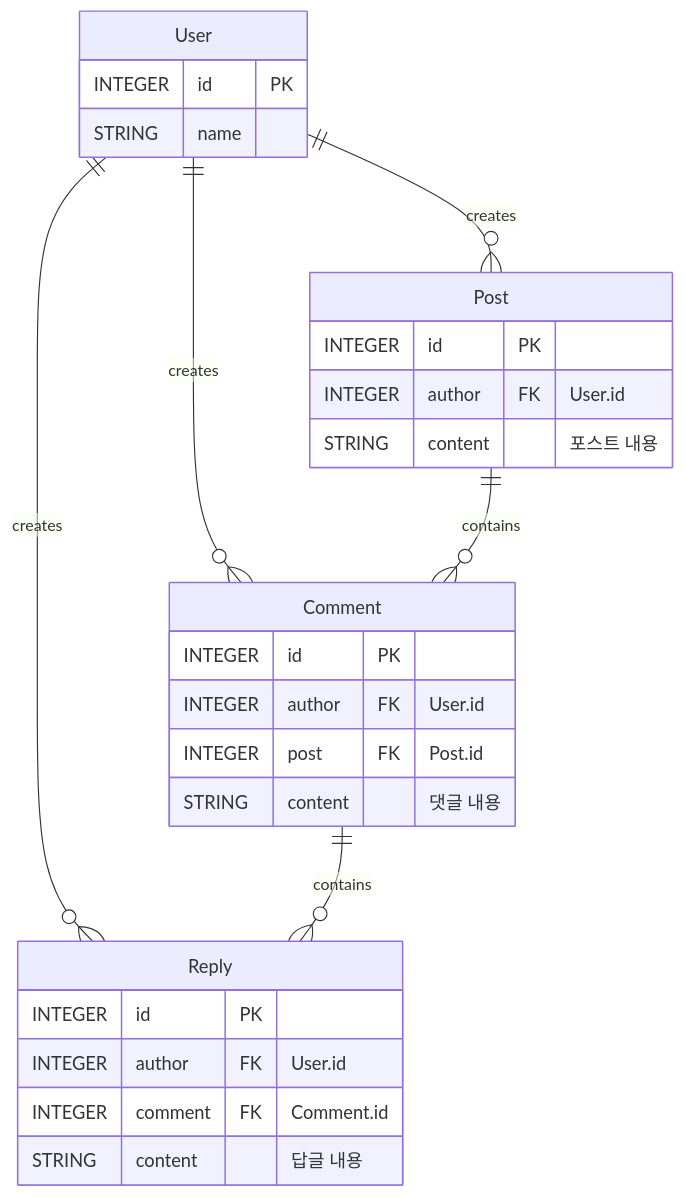
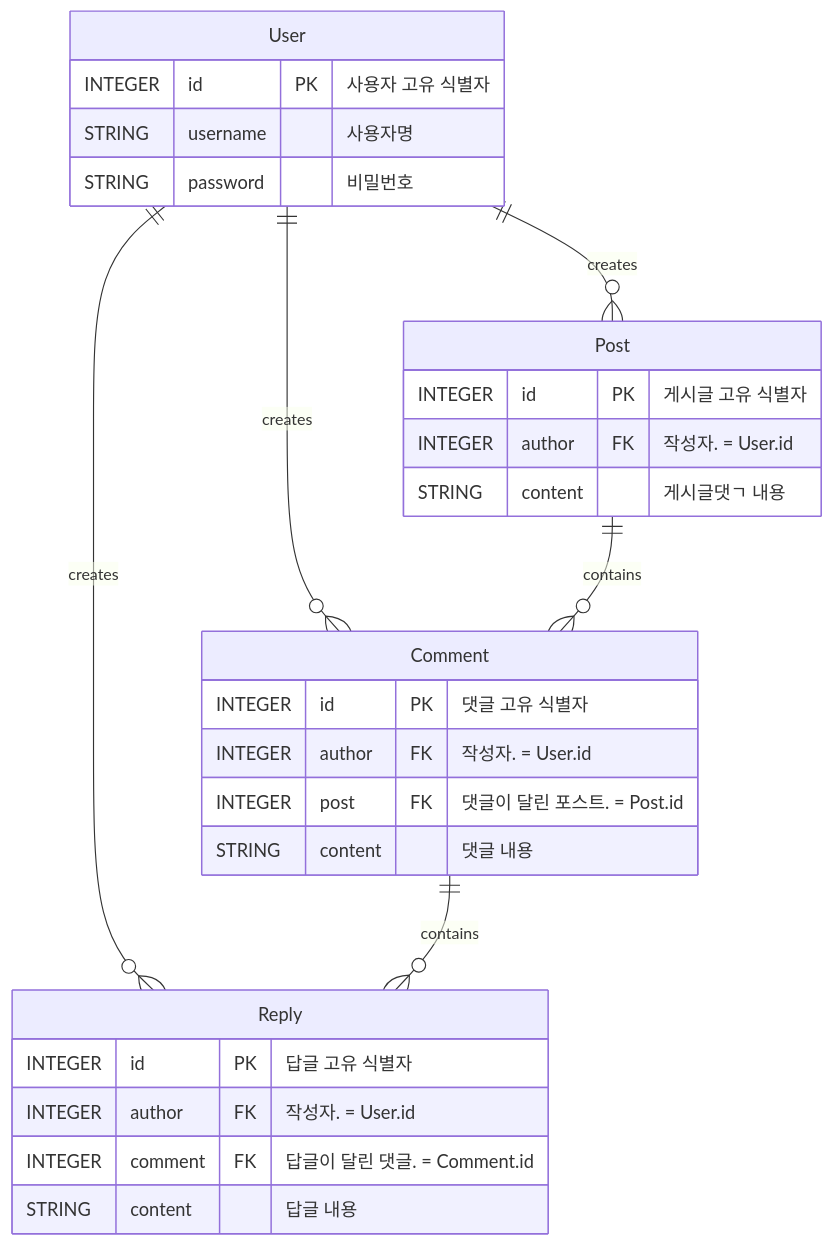
Before and after one commit to SMU-LIKELION-11TH/BACK_END_DJANGO_2023: the diagram in 3주차/[과제 #1] 게시판 ERD 모델링하기/README.md, drawn with Mermaid. The commit also changed other lines of this file and 1 other file, not shown here.

Commit message:
refactor(3주차): add erdiagram created on ERDCloud
+ Mermaid Diagram의 설명 일부 수정

````diff
--- a/3주차/[과제 #1] 게시판 ERD 모델링하기/README.md
+++ b/3주차/[과제 #1] 게시판 ERD 모델링하기/README.md
@@ -5,34 +7,35 @@
 ```mermaid
 erDiagram
     User ||--o{ Post : "creates"
     User ||--o{ Comment : "creates"
     User ||--o{ Reply : "creates"
 
     Post ||--o{ Comment : "contains"
     Comment ||--o{ Reply : "contains"
 
     User {
-        INTEGER id PK
-        STRING name
+        INTEGER id PK "사용자 고유 식별자"
+        STRING username "사용자명"
+        STRING password "비밀번호"
     }
 
     Post {
-        INTEGER id PK
-        INTEGER author FK "User.id"
-        STRING content "포스트 내용"
+        INTEGER id PK "게시글 고유 식별자"
+        INTEGER author FK "작성자. = User.id"
+        STRING content "게시글댓ㄱ 내용"
     }
 
     Comment {
-        INTEGER id PK
-        INTEGER author FK "User.id"
-        INTEGER post FK "Post.id"
+        INTEGER id PK "댓글 고유 식별자"
+        INTEGER author FK "작성자. = User.id"
+        INTEGER post FK "댓글이 달린 포스트. = Post.id"
         STRING content "댓글 내용"
     }
 
     Reply {
-        INTEGER id PK
-        INTEGER author FK "User.id"
-        INTEGER comment FK "Comment.id"
+        INTEGER id PK "답글 고유 식별자"
+        INTEGER author FK "작성자. = User.id"
+        INTEGER comment FK "답글이 달린 댓글. = Comment.id"
         STRING content "답글 내용"
     }
 ```
````
